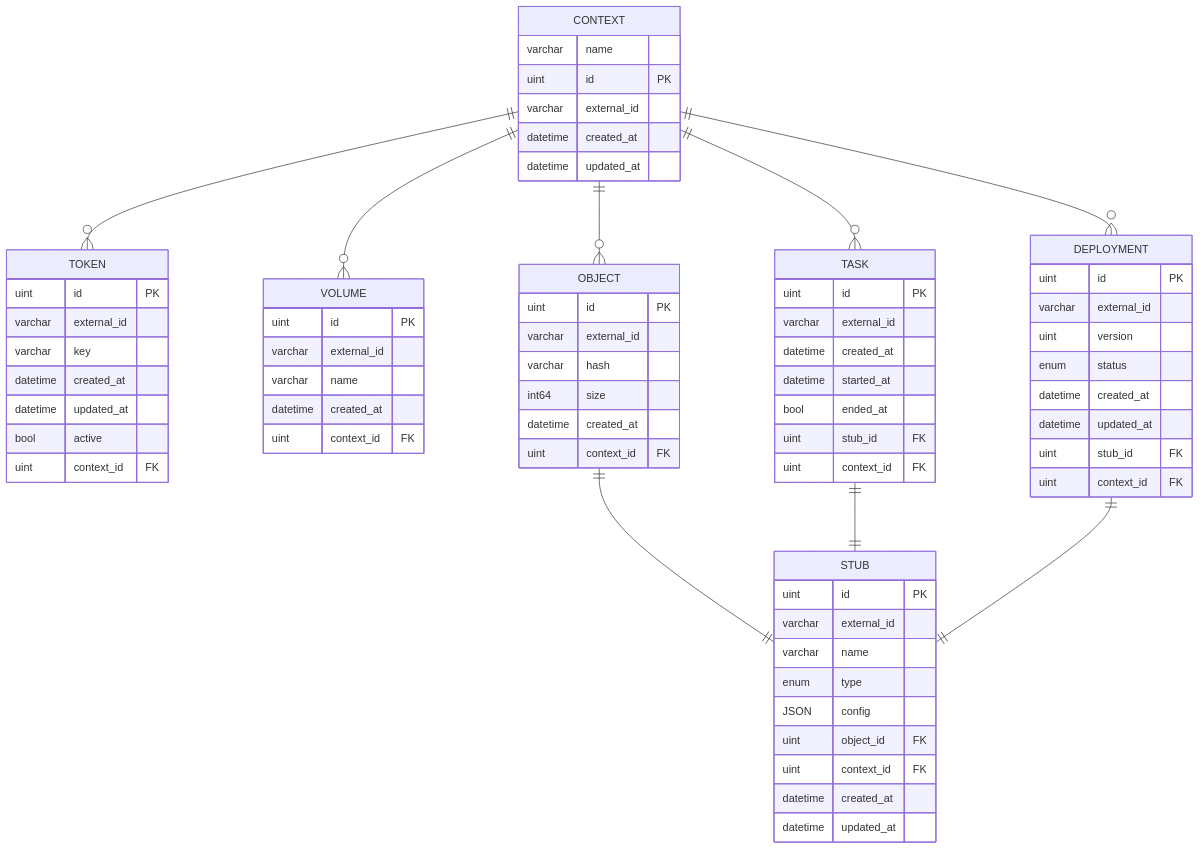
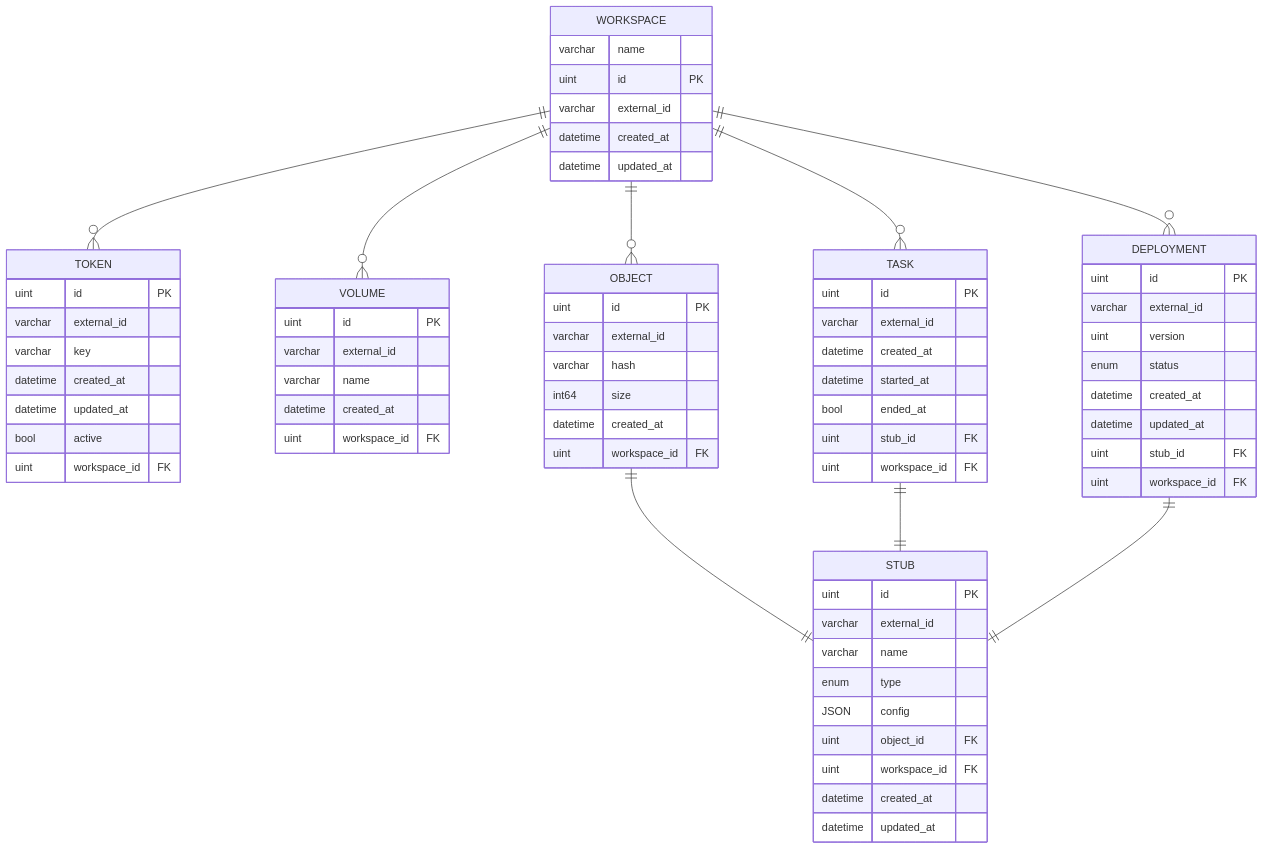
One commit to beam-cloud/beta9 changed the diagram in docs/datamodels/backend.md. Above: the diagram before and after it, drawn with Mermaid. The commit also changed 11 other files, not shown here.

````diff
--- a/docs/datamodels/backend.md
+++ b/docs/datamodels/backend.md
@@ -1,83 +1,83 @@
 ```mermaid
 
 erDiagram
 
-    CONTEXT {
+    WORKSPACE {
         varchar name
         uint id PK
         varchar external_id
         datetime created_at
         datetime updated_at
     }
 
     TOKEN {
         uint id PK
         varchar external_id
         varchar key
         datetime created_at
         datetime updated_at
         bool active
-        uint context_id FK
+        uint workspace_id FK
     }
 
     VOLUME {
         uint id PK
         varchar external_id
         varchar name
         datetime created_at
-        uint context_id FK
+        uint workspace_id FK
     }
 
     DEPLOYMENT {
         uint id PK
         varchar external_id
         uint version
         enum status
         datetime created_at
         datetime updated_at
         uint stub_id FK
-        uint context_id FK
+        uint workspace_id FK
     }
 
     TASK {
         uint id PK
         varchar external_id
         datetime created_at
         datetime started_at
         bool ended_at
         uint stub_id FK
-        uint context_id FK
+        uint workspace_id FK
     }
 
     STUB {
         uint id PK
         varchar external_id
         varchar name
         enum type
         JSON config
         uint object_id FK
-        uint context_id FK
+        uint workspace_id FK
         datetime created_at
         datetime updated_at
     }
 
     OBJECT {
         uint id PK
         varchar external_id
         varchar hash
         int64 size
         datetime created_at
-        uint context_id FK
+        uint workspace_id FK
     }
 
-    CONTEXT ||--o{ TOKEN : " "
-    CONTEXT ||--o{ VOLUME : " "
-    CONTEXT ||--o{ DEPLOYMENT : " "
-    CONTEXT ||--o{ TASK : " "
-    CONTEXT ||--o{ OBJECT : " "
+    WORKSPACE ||--o{ TOKEN : " "
+    WORKSPACE ||--o{ VOLUME : " "
+    WORKSPACE ||--o{ DEPLOYMENT : " "
+    WORKSPACE ||--o{ TASK : " "
+    WORKSPACE ||--o{ OBJECT : " "
     OBJECT ||--|| STUB : " "
     TASK ||--|| STUB : " "
     DEPLOYMENT ||--|| STUB : " "
 
 
 ```
````
